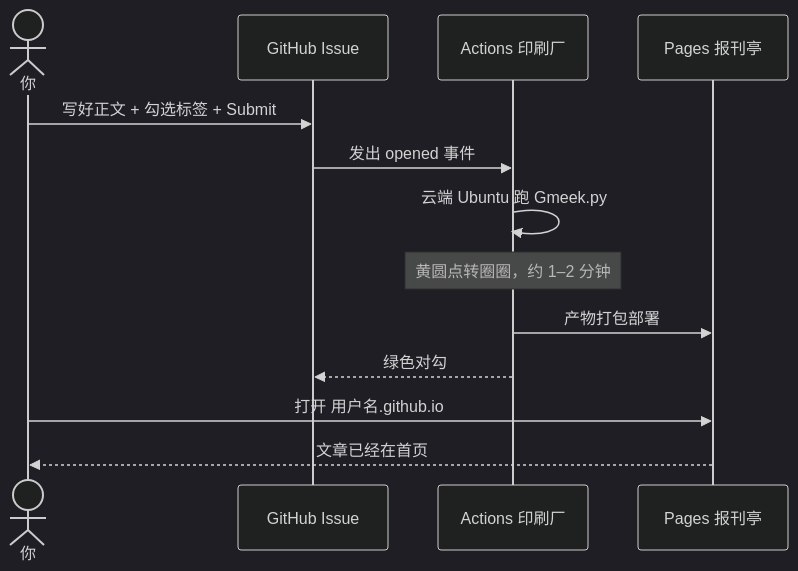
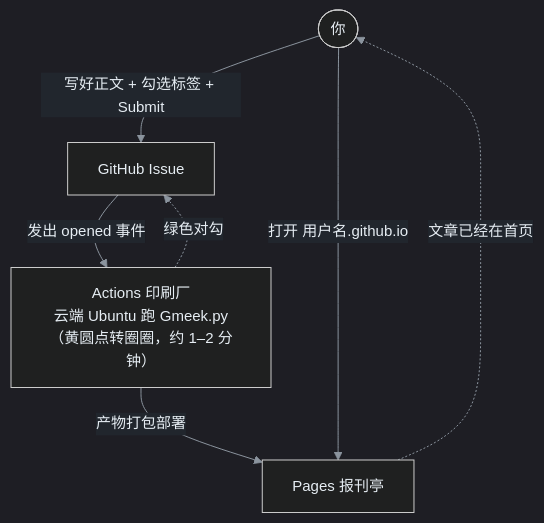
Before and after one commit to yeyangchen2009/yeyangchen2009.github.io: the diagram in backup/B01｜18 秒建站实录：从一个 GitHub 账号到第一篇文章上线.md, drawn with Mermaid. The commit also changed other lines of this file and 3 other files, not shown here.

````diff
--- a/backup/B01｜18 秒建站实录：从一个 GitHub 账号到第一篇文章上线.md
+++ b/backup/B01｜18 秒建站实录：从一个 GitHub 账号到第一篇文章上线.md
@@ -96,16 +96,10 @@
 ```mermaid
 %%{init: {'theme':'dark','themeVariables':{'background':'#0d1117','primaryColor':'#1f6feb','primaryTextColor':'#ffffff','primaryBorderColor':'#79c0ff','secondaryColor':'#21262d','tertiaryColor':'#30363d','lineColor':'#8b949e','textColor':'#e6edf3','clusterBkg':'#161b22','clusterBorder':'#58a6ff','edgeLabelBackground':'#21262d','fontSize':'15px'}}}%%
-sequenceDiagram
-    actor 你
-    participant I as GitHub Issue
-    participant A as Actions 印刷厂
-    participant P as Pages 报刊亭
-    你->>I: 写好正文 + 勾选标签 + Submit
-    I->>A: 发出 opened 事件
-    A->>A: 云端 Ubuntu 跑 Gmeek.py
-    Note over A: 黄圆点转圈圈，约 1–2 分钟
-    A->>P: 产物打包部署
-    A-->>I: 绿色对勾
-    你->>P: 打开 用户名.github.io
-    P-->>你: 文章已经在首页
+flowchart TD
+    Y([你]) -->|写好正文 + 勾选标签 + Submit| I[GitHub Issue]
+    I -->|发出 opened 事件| A["Actions 印刷厂<br/>云端 Ubuntu 跑 Gmeek.py<br/>（黄圆点转圈圈，约 1–2 分钟）"]
+    A -->|产物打包部署| P[Pages 报刊亭]
+    A -.绿色对勾.-> I
+    Y -->|打开 用户名.github.io| P
+    P -.文章已经在首页.-> Y
 ```
````
